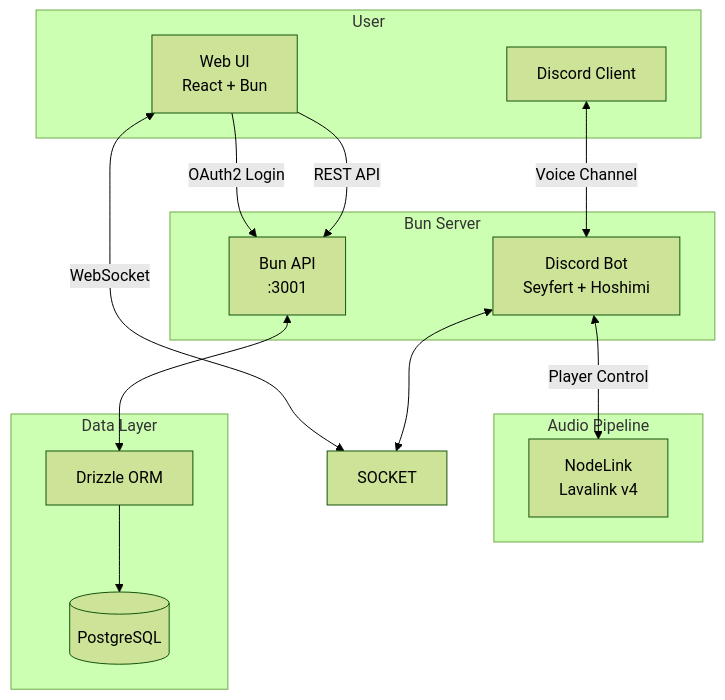
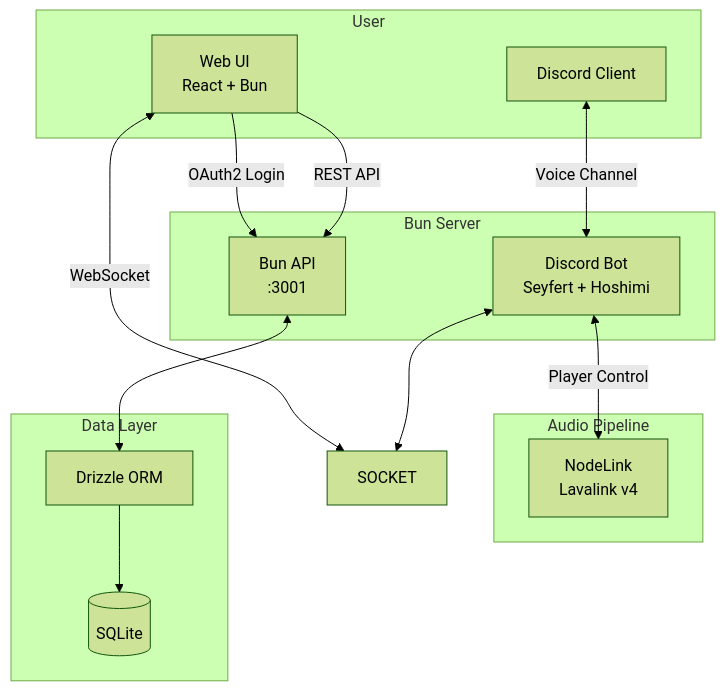
The diagram in docs/tech-stack.md (ebears/alfira-bot), drawn with Mermaid (forest theme) before and after one commit. The commit also changed other lines of this file and 7 other files, not shown here.

````diff
--- a/docs/tech-stack.md
+++ b/docs/tech-stack.md
@@ -18,37 +18,37 @@
 ```mermaid
 flowchart TB
     subgraph User
         WEB[Web UI<br/>React + Bun]
         DISC[Discord Client]
     end
 
     subgraph Server["Bun Server"]
         API[Bun API<br/>:3001]
         BOT[Discord Bot<br/>Seyfert + Hoshimi]
     end
 
     subgraph Audio["Audio Pipeline"]
         NL[NodeLink<br/>Lavalink v4]
     end
 
     subgraph Data["Data Layer"]
         DRIZZLE[Drizzle ORM]
-        PG[(PostgreSQL)]
+        DB[(SQLite)]
     end
 
     %% User interactions
     WEB -->|OAuth2 Login| API
     WEB -->|REST API| API
     WEB <-->|WebSocket| SOCKET
     DISC <-->|Voice Channel| BOT
 
     %% Server internal
     API <--> DRIZZLE
     BOT <--> SOCKET
 
     %% Audio pipeline
     BOT <-->|Player Control| NL
 
     %% Database
-    DRIZZLE --> PG
+    DRIZZLE --> DB
 ```
````
